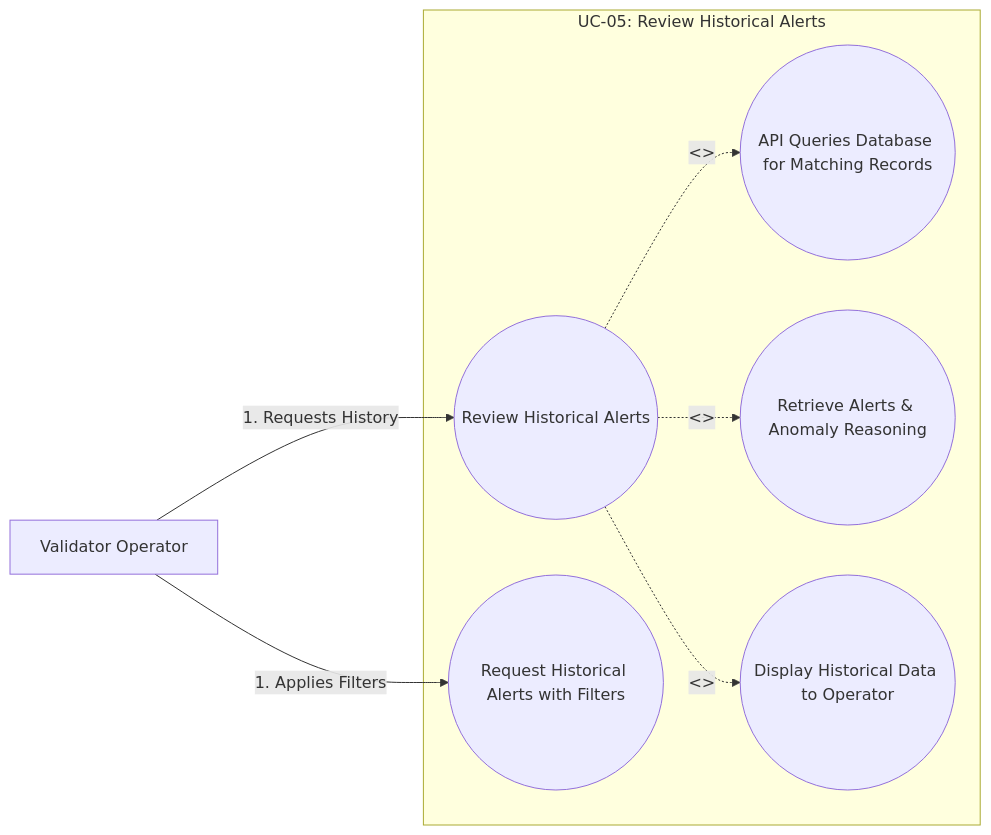
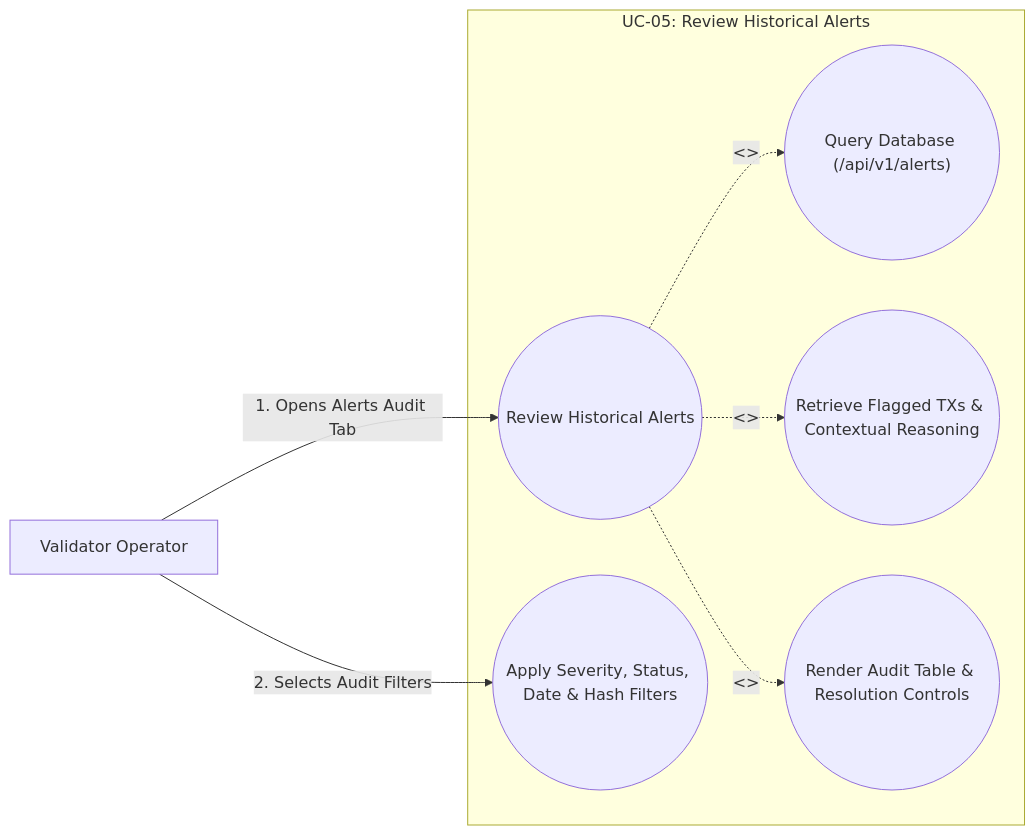
One commit to sheikhrehanseo/ValiGuard-Project-Main changed the fifth of 23 diagrams in ValiGuard_Docs/ValiGuard_AI_Phase_1_Documentation.md. Above: the diagram before and after it, drawn with Mermaid. The commit also changed other lines of this file and 16 other files, not shown here.

````diff
--- a/ValiGuard_Docs/ValiGuard_AI_Phase_1_Documentation.md
+++ b/ValiGuard_Docs/ValiGuard_AI_Phase_1_Documentation.md
@@ -446,26 +446,26 @@
 ```mermaid
 flowchart LR
 
 %% Actor
 Operator[Validator Operator]
 
 %% System Boundary
 subgraph UC05["UC-05: Review Historical Alerts"]
 
     UC05_Main(("Review Historical Alerts"))
-    UC05_Step1(("Request Historical Alerts with Filters"))
-    UC05_Step2(("API Queries Database for Matching Records"))
-    UC05_Step3(("Retrieve Alerts & Anomaly Reasoning"))
-    UC05_Step4(("Display Historical Data to Operator"))
+    UC05_Step1(("Apply Severity, Status, Date & Hash Filters"))
+    UC05_Step2(("Query Database (/api/v1/alerts)"))
+    UC05_Step3(("Retrieve Flagged TXs & Contextual Reasoning"))
+    UC05_Step4(("Render Audit Table & Resolution Controls"))
 
 end
 
 %% Actor Connections
-Operator -->|"1. Requests History"| UC05_Main
-Operator -->|"1. Applies Filters"| UC05_Step1
+Operator -->|"1. Opens Alerts Audit Tab"| UC05_Main
+Operator -->|"2. Selects Audit Filters"| UC05_Step1
 
 %% Include Relationships
 UC05_Main -. "<<include>>" .-> UC05_Step2
 UC05_Main -. "<<include>>" .-> UC05_Step3
 UC05_Main -. "<<include>>" .-> UC05_Step4
 ```
````
